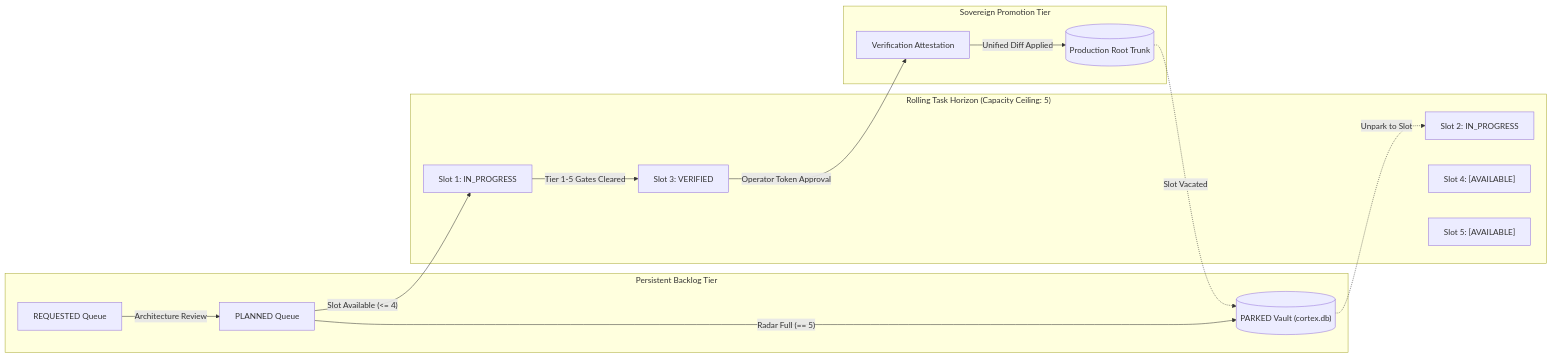
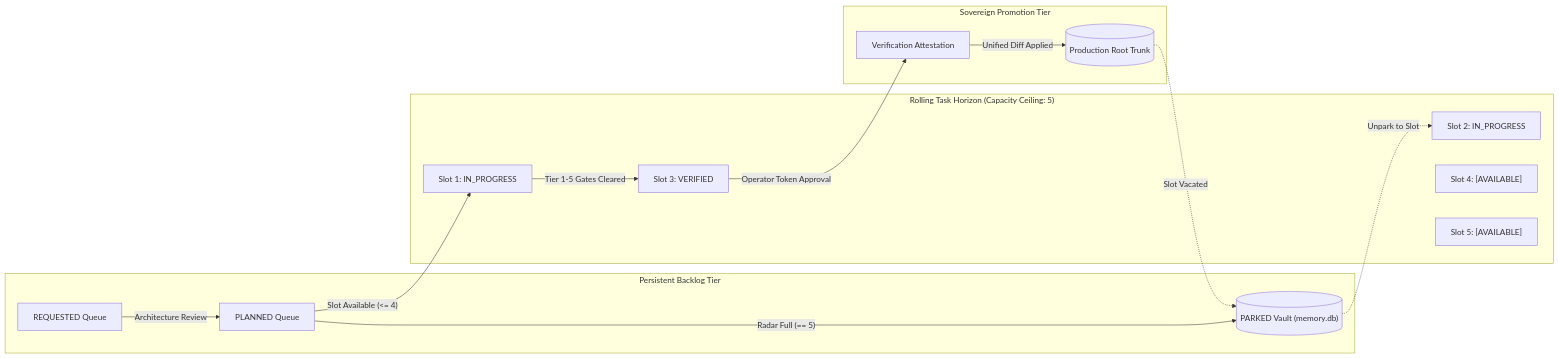
One commit to jinseobhong/antigravity-autopoiesis changed the second of 4 diagrams in docs/active/CURRENT_STATE.md. Above: the diagram before and after it, drawn with Mermaid. The commit also changed other lines of this file and 15 other files, not shown here.

````diff
--- a/docs/active/CURRENT_STATE.md
+++ b/docs/active/CURRENT_STATE.md
@@ -79,30 +79,30 @@
 ```mermaid
 flowchart LR
     subgraph BacklogTier ["Persistent Backlog Tier"]
         ReqQueue["REQUESTED Queue"]
         PlanQueue["PLANNED Queue"]
-        ParkVault[("PARKED Vault (cortex.db)")]
+        ParkVault[("PARKED Vault (memory.db)")]
     end
 
     subgraph ActiveHorizon ["Rolling Task Horizon (Capacity Ceiling: 5)"]
         ActiveSlot1["Slot 1: IN_PROGRESS"]
         ActiveSlot2["Slot 2: IN_PROGRESS"]
         ActiveSlot3["Slot 3: VERIFIED"]
         ActiveSlot4["Slot 4: [AVAILABLE]"]
         ActiveSlot5["Slot 5: [AVAILABLE]"]
     end
 
     subgraph SovereignPromote ["Sovereign Promotion Tier"]
         VerifiedGate["Verification Attestation"]
         ProdTrunk[("Production Root Trunk")]
     end
 
     ReqQueue -->|"Architecture Review"| PlanQueue
     PlanQueue -->|"Slot Available (<= 4)"| ActiveSlot1
     PlanQueue -->|"Radar Full (== 5)"| ParkVault
     ActiveSlot1 -->|"Tier 1-5 Gates Cleared"| ActiveSlot3
     ActiveSlot3 -->|"Operator Token Approval"| VerifiedGate
     VerifiedGate -->|"Unified Diff Applied"| ProdTrunk
     ProdTrunk -.->|"Slot Vacated"| ParkVault
     ParkVault -.->|"Unpark to Slot"| ActiveSlot2
 ```
````
